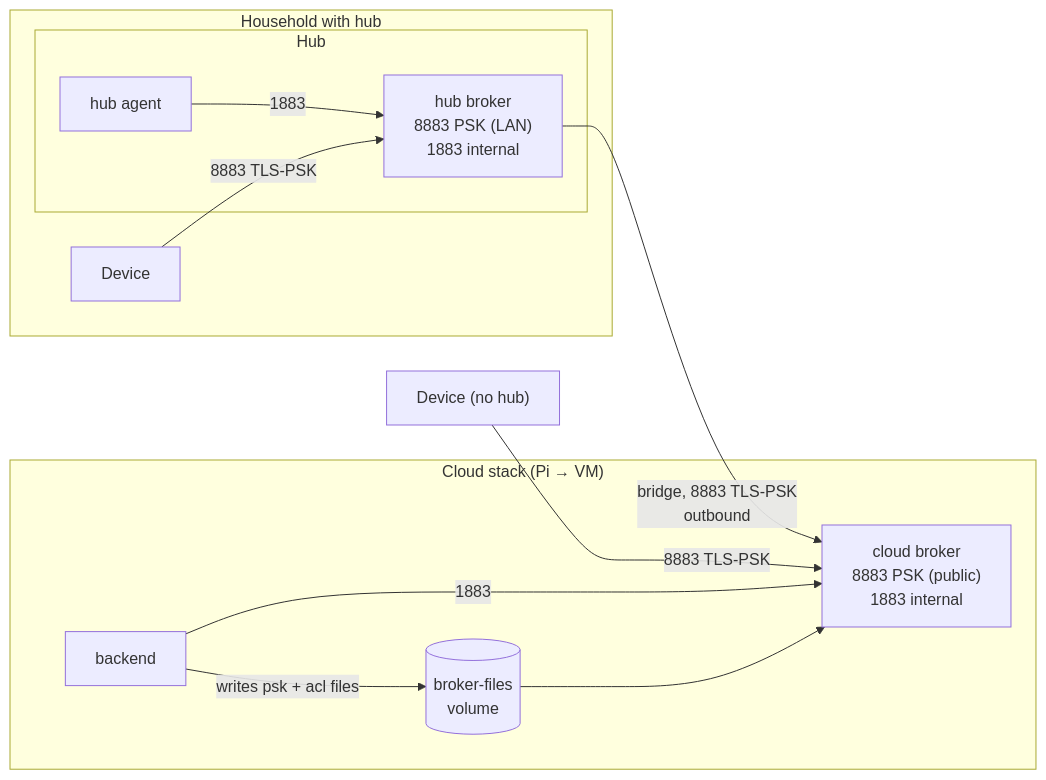
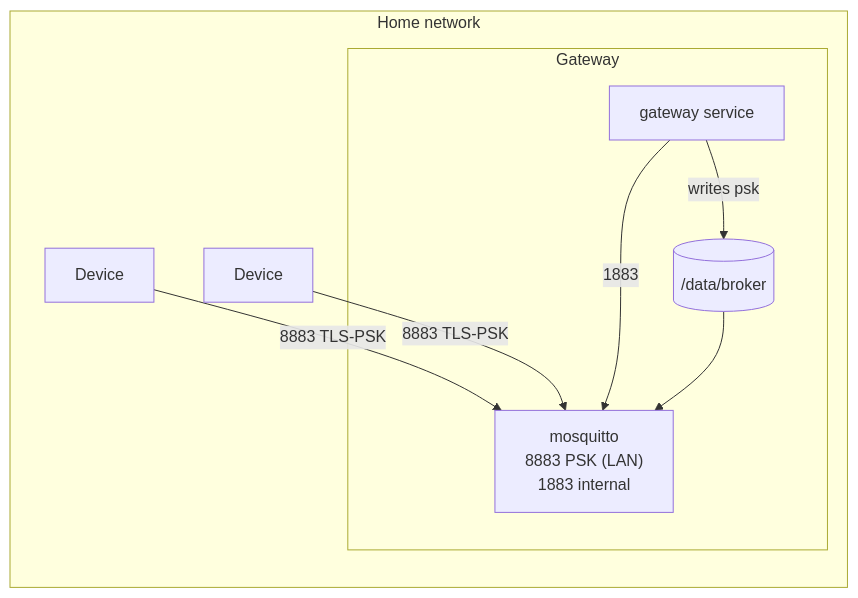
The first of 2 diagrams in broker/Broker_Specs.md (Hansom17/MoistureController), drawn with Mermaid before and after one commit. The commit also changed other lines of this file and 86 other files, not shown here.

````diff
--- a/broker/Broker_Specs.md
+++ b/broker/Broker_Specs.md
@@ -13,20 +13,13 @@
 ```mermaid
 flowchart LR
-    subgraph Home["Household with hub"]
-        D1["Device"] -- "8883 TLS-PSK" --> HB
-        subgraph Hub["Hub"]
-            HB["hub broker<br/>8883 PSK (LAN)<br/>1883 internal"]
-            AG["hub agent"] -- "1883" --> HB
+    subgraph Home["Home network"]
+        D1["Device"] -- "8883 TLS-PSK" --> MQ
+        D2["Device"] -- "8883 TLS-PSK" --> MQ
+        subgraph GW["Gateway"]
+            MQ["mosquitto<br/>8883 PSK (LAN)<br/>1883 internal"]
+            HS["gateway service"] -- "1883" --> MQ
+            HS -- "writes psk" --> F[("/data/broker")]
+            F --> MQ
         end
     end
-
-    D2["Device (no hub)"] -- "8883 TLS-PSK" --> CB
-    HB -- "bridge, 8883 TLS-PSK<br/>outbound" --> CB
-
-    subgraph Cloud["Cloud stack (Pi → VM)"]
-        CB["cloud broker<br/>8883 PSK (public)<br/>1883 internal"]
-        BE["backend"] -- "1883" --> CB
-        BE -- "writes psk + acl files" --> F[("broker-files<br/>volume")]
-        F --> CB
-    end
 ```
````
